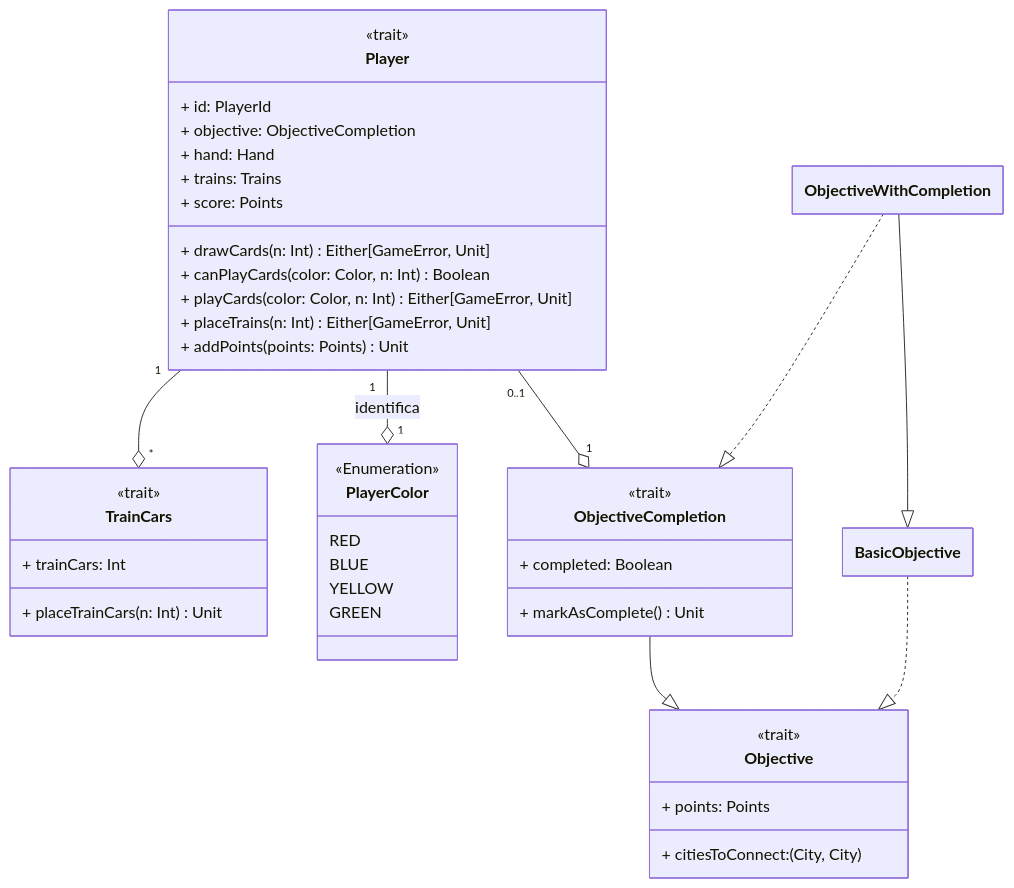
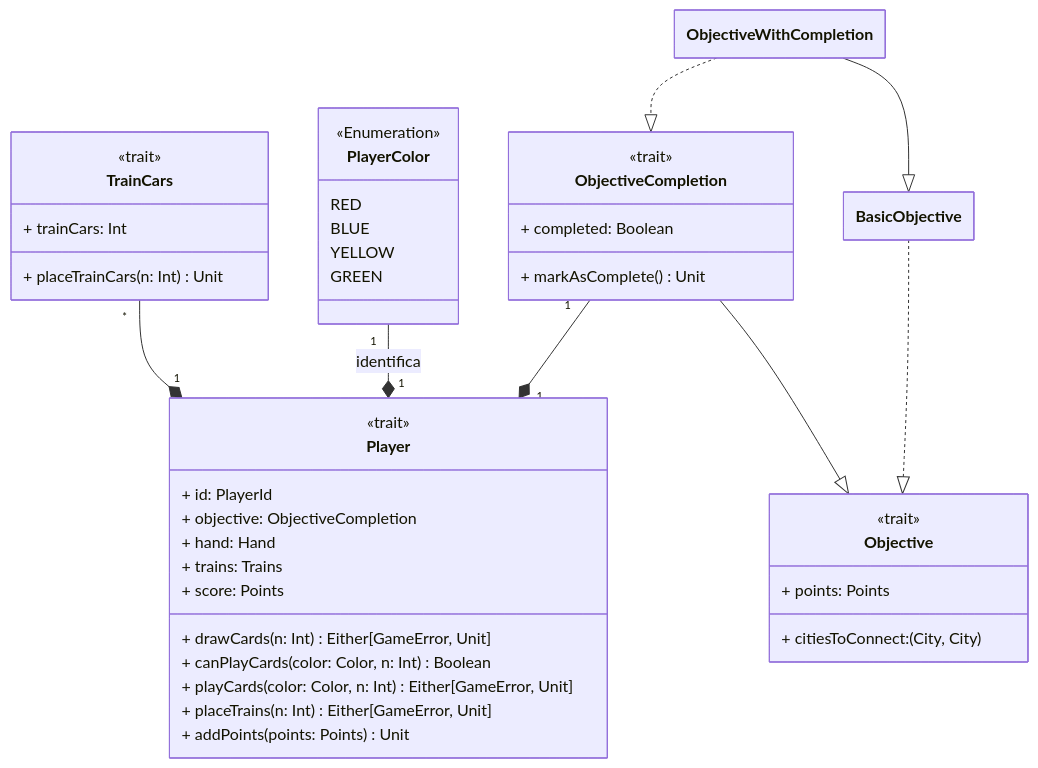
The diagram in docs/report/impl/pracucci/impl_player.md (FilippoPracucci/PPS-24-ttr-scala), drawn with Mermaid before and after one commit. The commit also changed other lines of this file and 19 other files, not shown here.

Commit message:
docs: add architectural design, update requirement specification and minor fixes in design and impl

````diff
--- a/docs/report/impl/pracucci/impl_player.md
+++ b/docs/report/impl/pracucci/impl_player.md
@@ -33,50 +33,50 @@
 ```mermaid
 ---
 config:
   class:
     hideEmptyMembersBox: true
 ---
 classDiagram
-    Player "1" --o "*" TrainCars
-    Player "1" --o "1" PlayerColor: identifica
-    Player "0..1" --o "1" ObjectiveCompletion
+    TrainCars "*" --* "1"  Player
+    PlayerColor "1" --* "1" Player: identifica
+    ObjectiveCompletion "1" --* "1" Player
     ObjectiveCompletion --|> Objective
     BasicObjective ..|> Objective
     ObjectiveWithCompletion --|> BasicObjective
     ObjectiveWithCompletion ..|> ObjectiveCompletion
     class Player {
         <<trait>>
         + id: PlayerId
         + objective: ObjectiveCompletion
         + hand: Hand
         + trains: Trains
         + score: Points
         + drawCards(n: Int) Either[GameError, Unit]
         + canPlayCards(color: Color, n: Int) Boolean
         + playCards(color: Color, n: Int) Either[GameError, Unit]
         + placeTrains(n: Int) Either[GameError, Unit]
         + addPoints(points: Points) Unit
     }
     class PlayerColor {
         <<Enumeration>>
         RED
         BLUE
         YELLOW
         GREEN
     }
     class TrainCars {
         <<trait>>
         + trainCars: Int
         + placeTrainCars(n: Int) Unit
     }
     class Objective {
         <<trait>>
         + citiesToConnect: (City, City)
         + points: Points
     }
     class ObjectiveCompletion {
         <<trait>>
         + completed: Boolean
         + markAsComplete() Unit
     }
 ```
````
